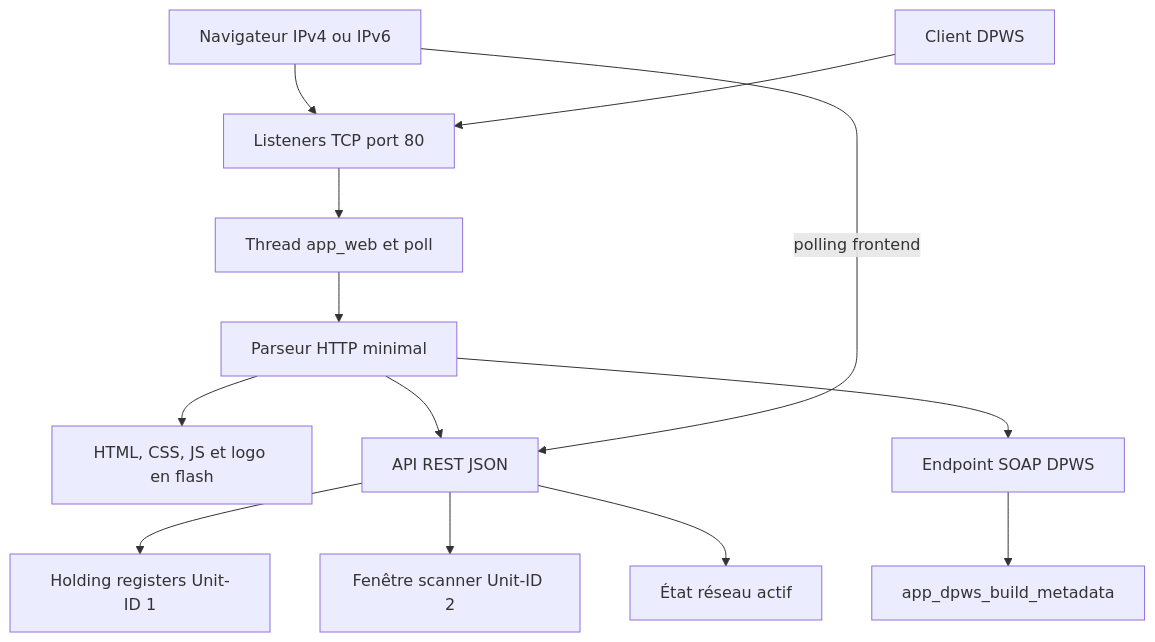
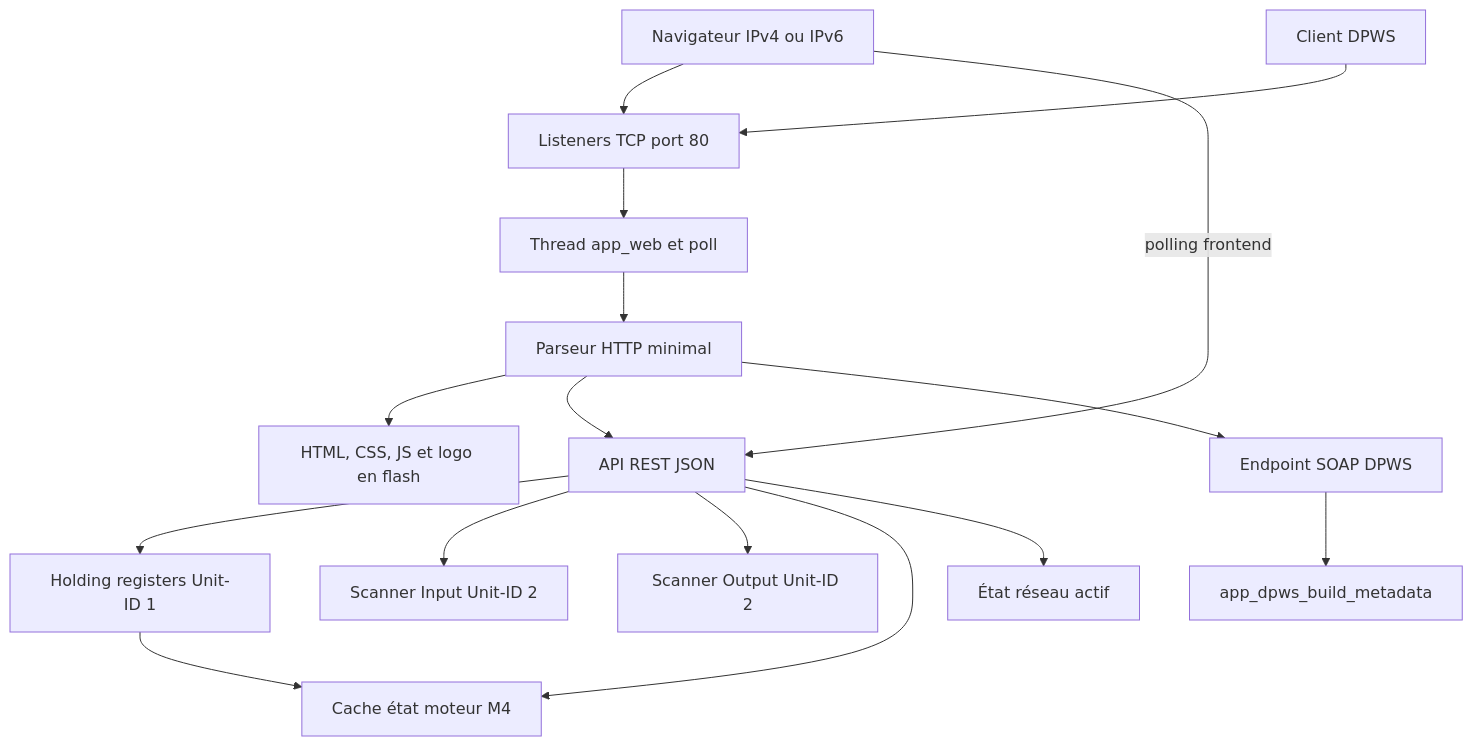
One commit to BehloulAmine/industrial-ethernet changed the diagram in app_m7/src/web/DES04_Web.md. Above: the diagram before and after it, drawn with Mermaid. The commit also changed other lines of this file and 5 other files, not shown here.

````diff
--- a/app_m7/src/web/DES04_Web.md
+++ b/app_m7/src/web/DES04_Web.md
@@ -9,15 +9,18 @@
 ```mermaid
 flowchart TD
     Browser["Navigateur IPv4 ou IPv6"] --> Listeners["Listeners TCP port 80"]
     DPWSClient["Client DPWS"] --> Listeners
     Listeners --> Poll["Thread app_web et poll"]
     Poll --> Parser["Parseur HTTP minimal"]
     Parser --> Assets["HTML, CSS, JS et logo en flash"]
     Parser --> REST["API REST JSON"]
     Parser --> Metadata["Endpoint SOAP DPWS"]
     REST --> Modbus["Holding registers Unit-ID 1"]
-    REST --> Scanner["Fenêtre scanner Unit-ID 2"]
+    REST --> ScannerIn["Scanner Input Unit-ID 2"]
+    REST --> ScannerOut["Scanner Output Unit-ID 2"]
+    REST --> IPC["Cache état moteur M4"]
     REST --> Net["État réseau actif"]
+    Modbus --> IPC
     Metadata --> DPWS["app_dpws_build_metadata"]
     Browser -->|"polling frontend"| REST
 ```
````
